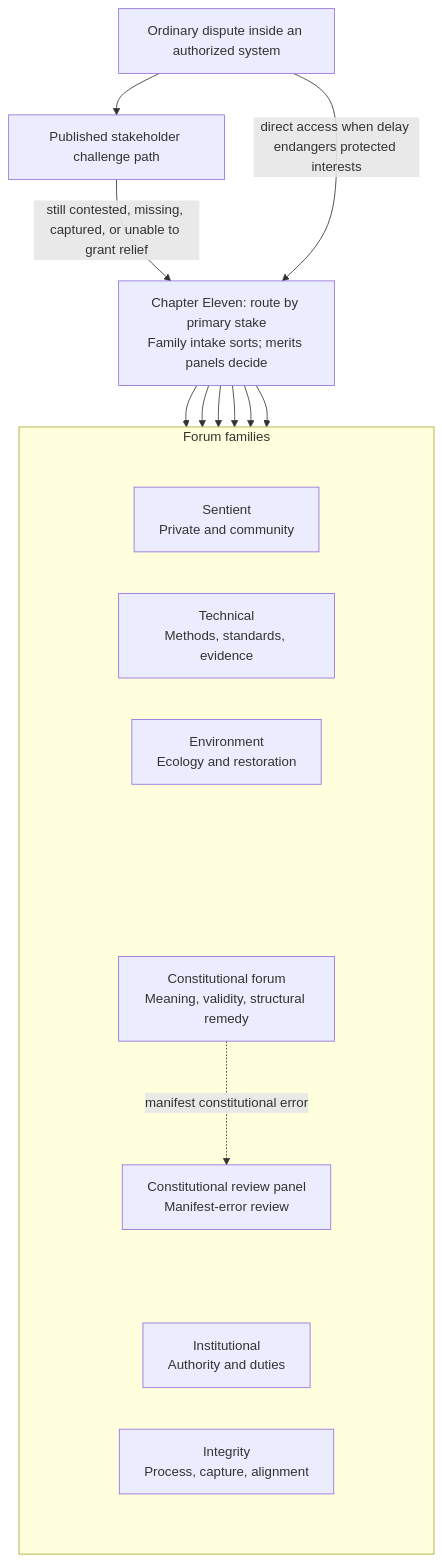
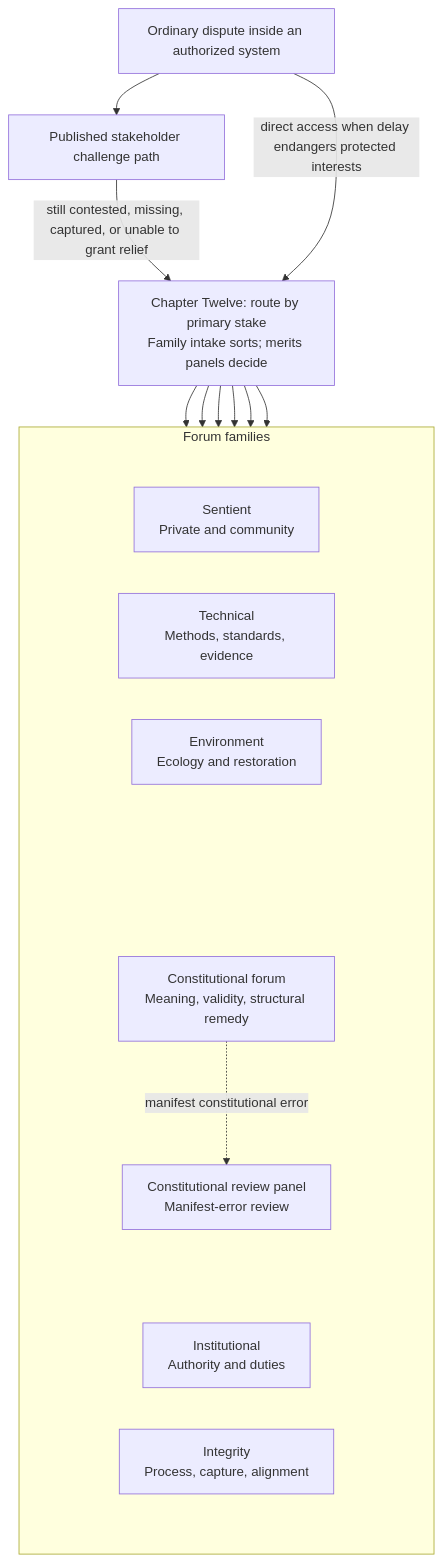
Diagram 15 of 20 in CONCEPTUAL_OVERVIEW.md (kfoelsch/Sentient_Constitution), drawn with Mermaid before and after one commit. The commit also changed other lines of this file and 807 other files, not shown here.

````diff
--- a/CONCEPTUAL_OVERVIEW.md
+++ b/CONCEPTUAL_OVERVIEW.md
@@ -629,42 +634,42 @@
 ```mermaid
 flowchart TB
     D["Ordinary dispute inside an authorized system"]
     P["Published stakeholder challenge path"]
-    R["Chapter Eleven: route by primary stake<br/>Family intake sorts; merits panels decide"]
+    R["Chapter Twelve: route by primary stake<br/>Family intake sorts; merits panels decide"]
     subgraph F["Forum families"]
         direction TB
         subgraph Frow1[" "]
             direction LR
             S["Sentient<br/>Private and community"]
             T["Technical<br/>Methods, standards, evidence"]
             E["Environment<br/>Ecology and restoration"]
         end
         subgraph Frow2[" "]
             direction LR
             I["Institutional<br/>Authority and duties"]
             G["Integrity<br/>Process, capture, alignment"]
             subgraph ConstitutionalPath[" "]
                 direction TB
                 C["Constitutional forum<br/>Meaning, validity, structural remedy"]
                 CR["Constitutional review panel<br/>Manifest-error review"]
             end
         end
     end
     D --> P
     P -->|still contested, missing, captured, or unable to grant relief| R
     D -->|direct access when delay endangers protected interests| R
     R --> S
     R --> T
     R --> I
     R --> E
     R --> G
     R --> C
     C -.->|manifest constitutional error| CR
     Frow1 ~~~ Frow2
     S ~~~ I
     T ~~~ G
     E ~~~ C
     style Frow1 fill:none,stroke:none
     style Frow2 fill:none,stroke:none
     style ConstitutionalPath fill:none,stroke:none
 ```
````
